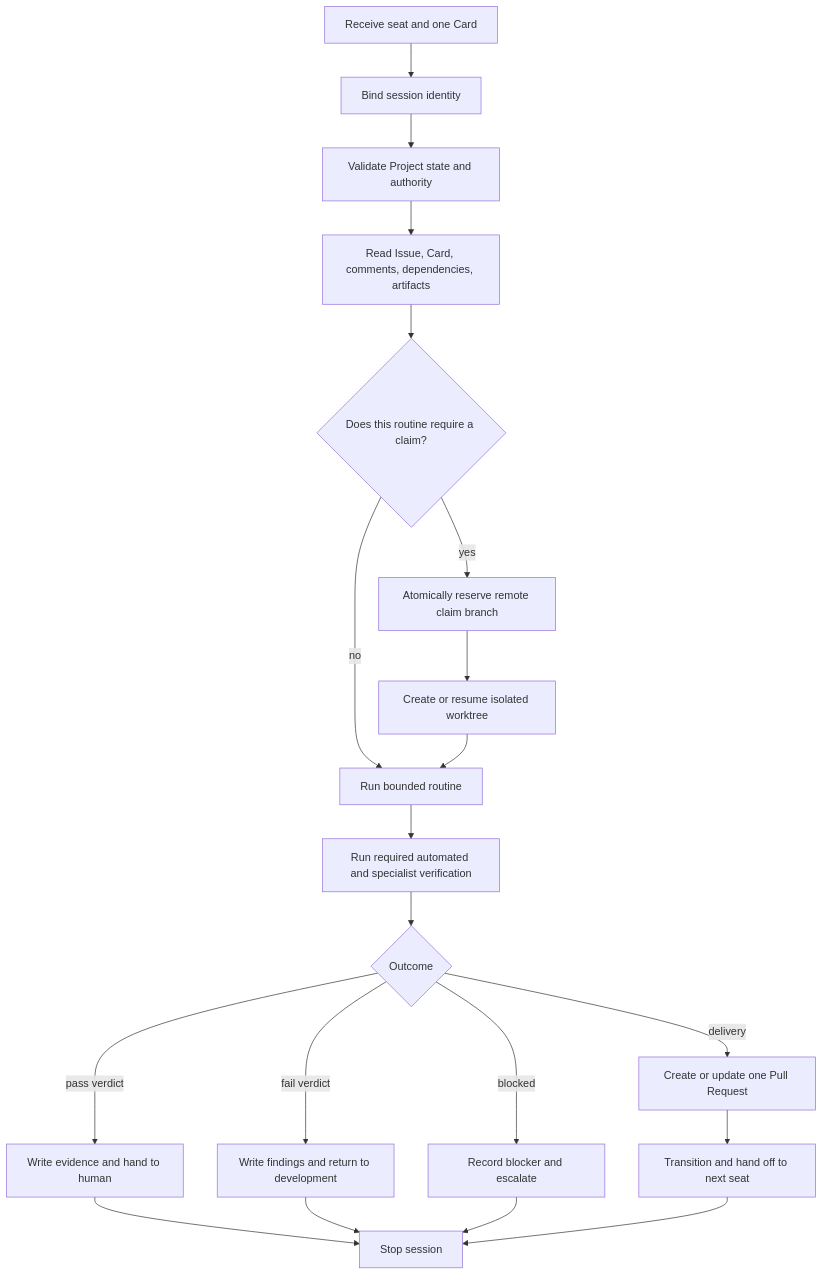
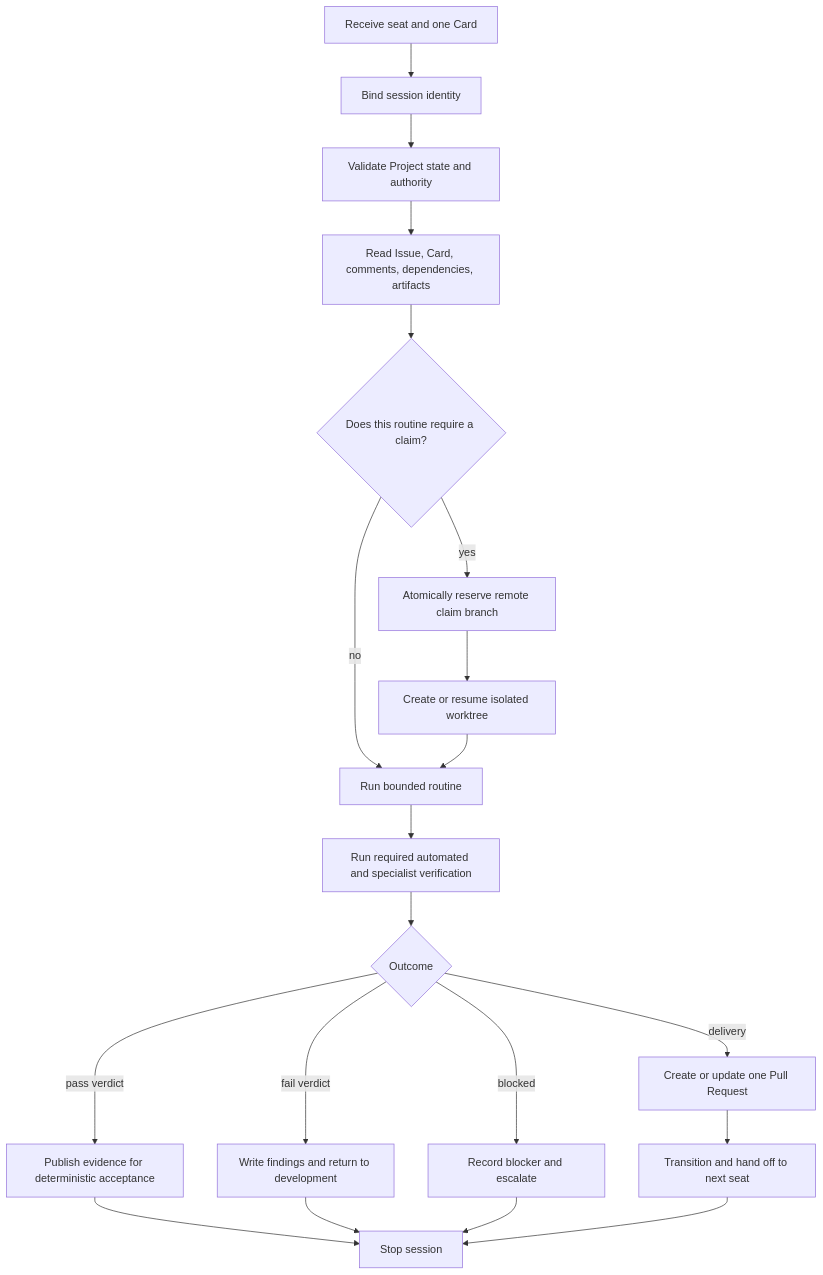
Before and after one commit to joanne-09/agent-teams: the second of 3 diagrams in docs/ARCHITECTURE.md, drawn with Mermaid. The commit also changed other lines of this file and 3 other files, not shown here.

Commit message:
feat: research second human gate replacement and write docs

````diff
--- a/docs/ARCHITECTURE.md
+++ b/docs/ARCHITECTURE.md
@@ -742,22 +762,22 @@
 ```mermaid
 flowchart TD
     Dispatch[Receive seat and one Card] --> Bind[Bind session identity]
     Bind --> Preflight[Validate Project state and authority]
     Preflight --> Read[Read Issue, Card, comments, dependencies, artifacts]
     Read --> Claim{Does this routine require a claim?}
     Claim -->|yes| Reserve[Atomically reserve remote claim branch]
     Reserve --> Worktree[Create or resume isolated worktree]
     Claim -->|no| Work[Run bounded routine]
     Worktree --> Work
     Work --> Verify[Run required automated and specialist verification]
     Verify --> Outcome{Outcome}
     Outcome -->|delivery| PullRequest[Create or update one Pull Request]
-    Outcome -->|pass verdict| Pass[Write evidence and hand to human]
+    Outcome -->|pass verdict| Pass[Publish evidence for deterministic acceptance]
     Outcome -->|fail verdict| Fail[Write findings and return to development]
     Outcome -->|blocked| Blocked[Record blocker and escalate]
     PullRequest --> Handoff[Transition and hand off to next seat]
     Pass --> Stop[Stop session]
     Fail --> Stop
     Blocked --> Stop
     Handoff --> Stop
 ```
````
